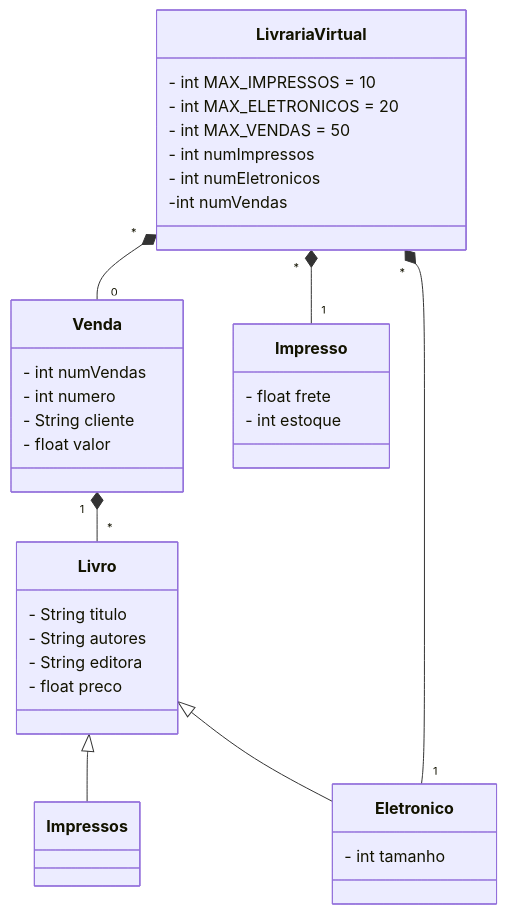
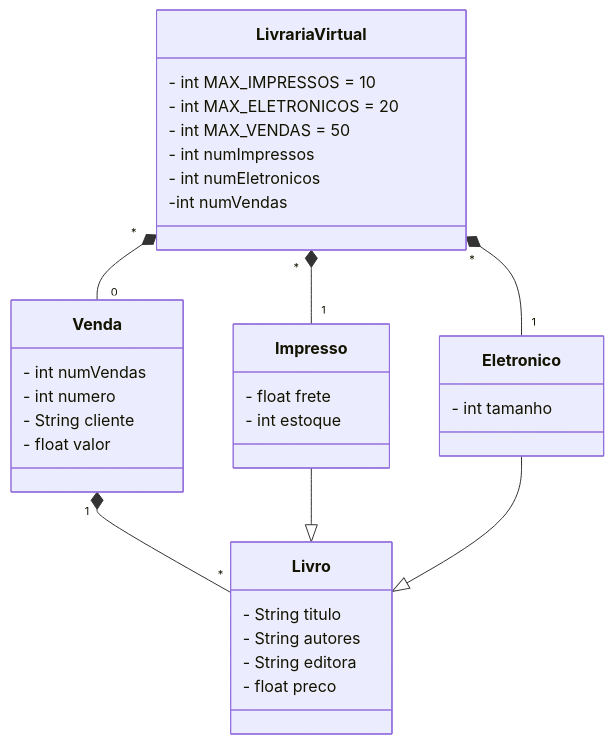
One commit to DevTrail-Squad-4/Desafiodalivraria changed the diagram in README.md. Above: the diagram before and after it, drawn with Mermaid.

````diff
--- a/README.md
+++ b/README.md
@@ -3,41 +3,41 @@
 ```mermaid
 classDiagram
   class LivrariaVirtual {
     - int MAX_IMPRESSOS = 10
     - int MAX_ELETRONICOS = 20
     - int MAX_VENDAS = 50
     - int numImpressos
     - int numEletronicos
 	-int numVendas
   }
 
   class Venda {
     - int numVendas
     - int numero
     - String cliente
     - float valor
   }
 
   class Impresso {
     - float frete
     - int estoque
   }
 
   class Eletronico {
     - int tamanho
   }
 
   class Livro {
     - String titulo
     - String autores
     - String editora
     - float preco
   }
 
   LivrariaVirtual "*" *-- "0" Venda
   LivrariaVirtual "*" *-- "1" Impresso
   LivrariaVirtual "*" *-- "1" Eletronico
   Venda "1" *-- "*" Livro
-Livro <|-- Impressos
-    Livro <|-- Eletronico
+Impresso --|> Livro
+    Eletronico --|> Livro
 ```
````
